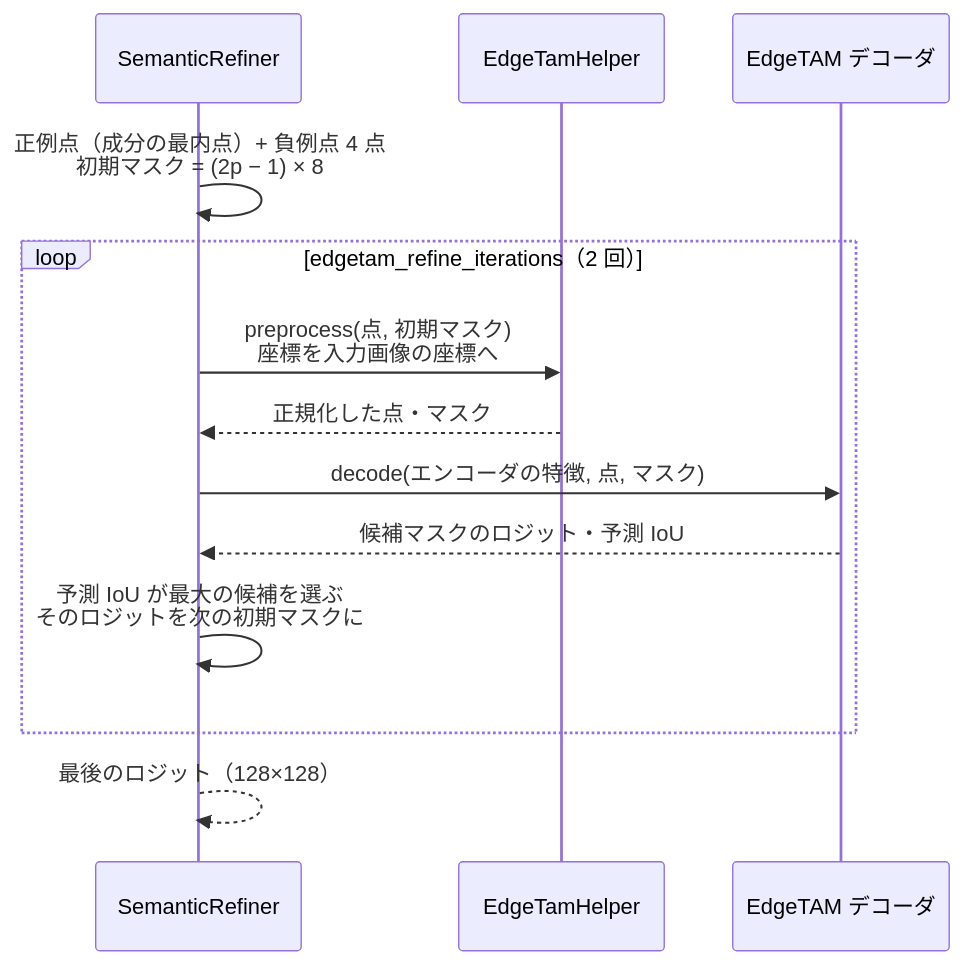
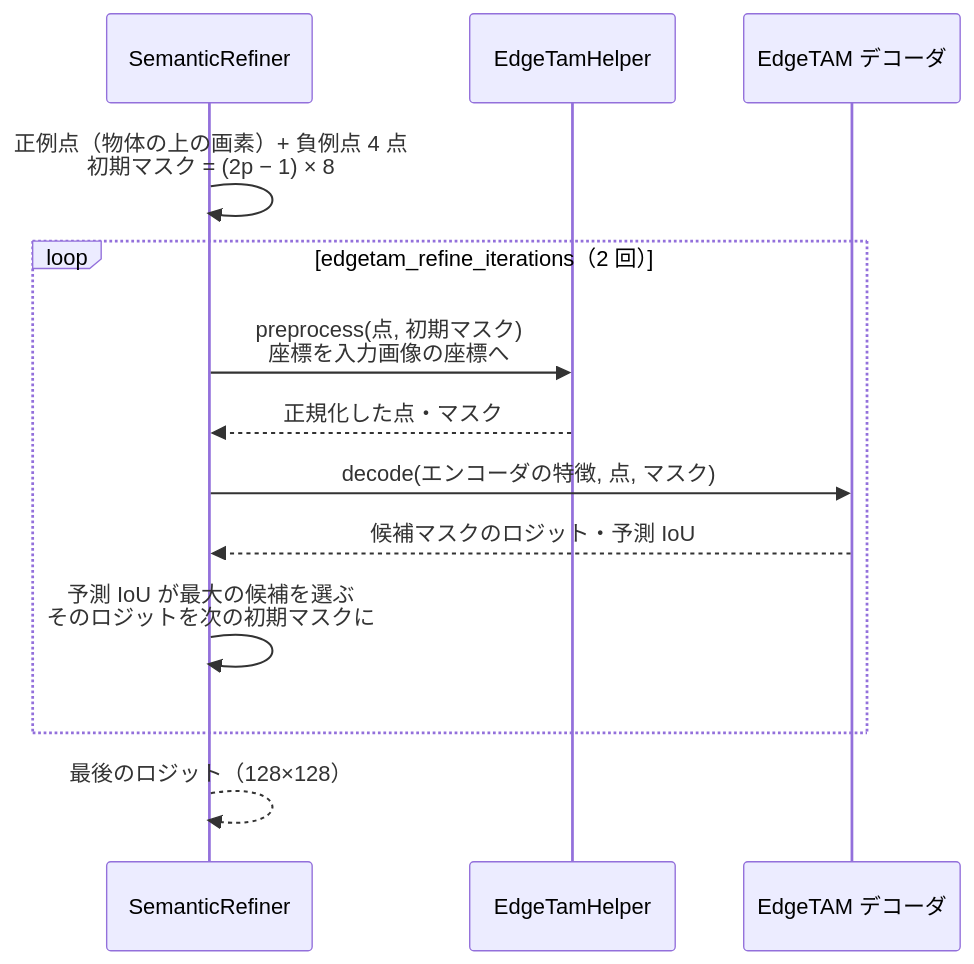
The sixth of 8 diagrams in docs/detailed_segmentation.md (fklg-64/pe_anything_detect), drawn with Mermaid before and after one commit. The commit also changed other lines of this file and 15 other files, not shown here.

````diff
--- a/docs/detailed_segmentation.md
+++ b/docs/detailed_segmentation.md
@@ -193,16 +224,16 @@
 ```mermaid
 sequenceDiagram
     participant R as SemanticRefiner
     participant H as EdgeTamHelper
     participant D as EdgeTAM デコーダ
 
-    R->>R: 正例点（成分の最内点）+ 負例点 4 点<br/>初期マスク = (2p − 1) × 8
+    R->>R: 正例点（物体の上の画素）+ 負例点 4 点<br/>初期マスク = (2p − 1) × 8
     loop edgetam_refine_iterations（2 回）
         R->>H: preprocess(点, 初期マスク)<br/>座標を入力画像の座標へ
         H-->>R: 正規化した点・マスク
         R->>D: decode(エンコーダの特徴, 点, マスク)
         D-->>R: 候補マスクのロジット・予測 IoU
         R->>R: 予測 IoU が最大の候補を選ぶ<br/>そのロジットを次の初期マスクに
     end
     R-->>R: 最後のロジット（128×128）
 ```
````
